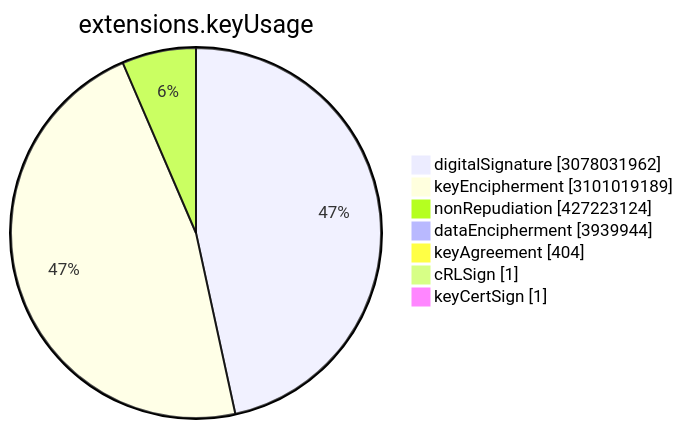
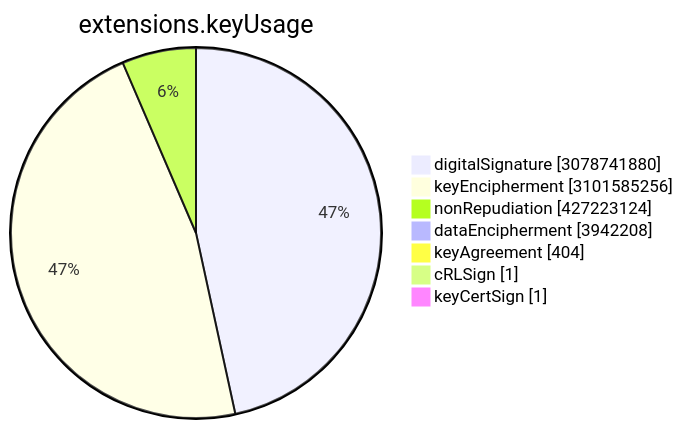
The sixth of 15 diagrams in TOTAL/README.md (christiankrug/ctmonitor_visualization), drawn with Mermaid before and after one commit. The commit also changed other lines of this file, not shown here.

````diff
--- a/TOTAL/README.md
+++ b/TOTAL/README.md
@@ -3077,11 +3077,11 @@
 ```mermaid
 pie showData
 title extensions.keyUsage
-"digitalSignature" :3078031962
-"keyEncipherment" :3101019189
+"digitalSignature" :3078741880
+"keyEncipherment" :3101585256
 "nonRepudiation" :427223124
-"dataEncipherment" :3939944
+"dataEncipherment" :3942208
 "keyAgreement" :404
 "cRLSign" :1
 "keyCertSign" :1
 ```
````
